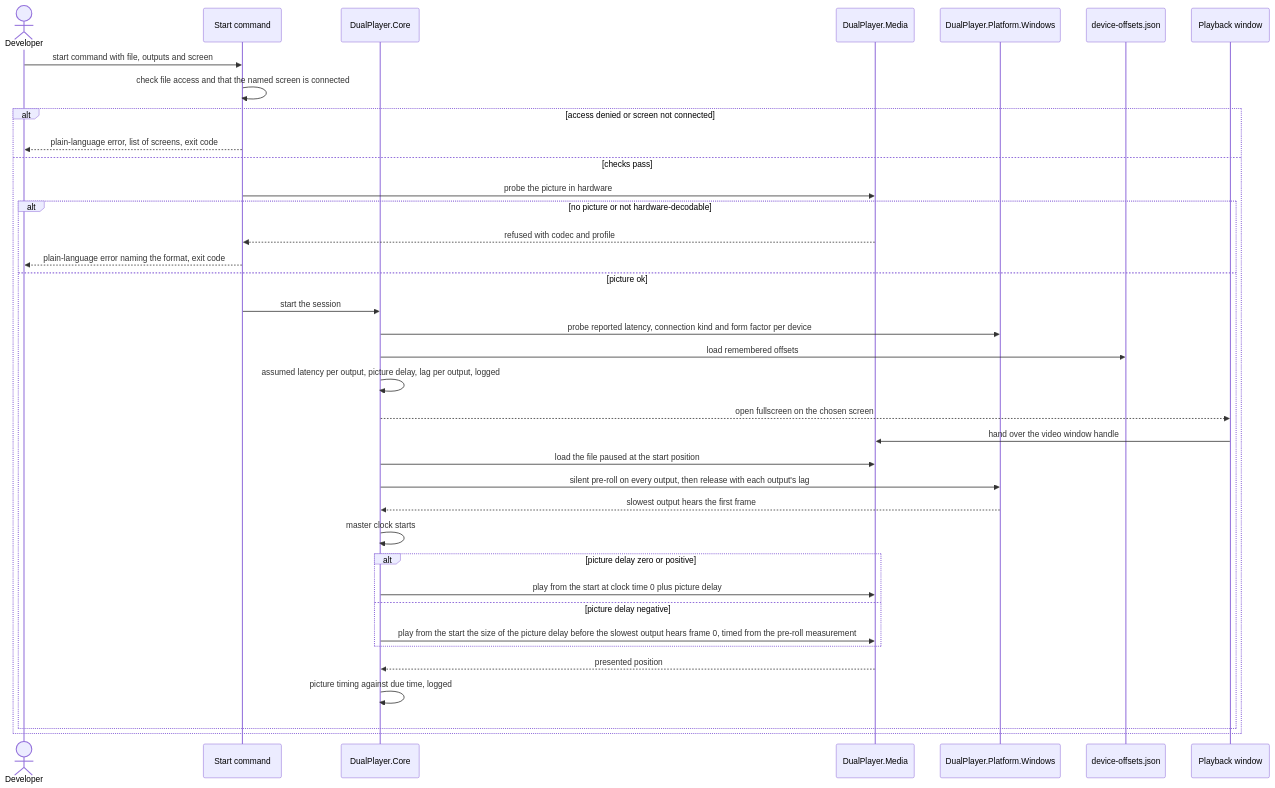
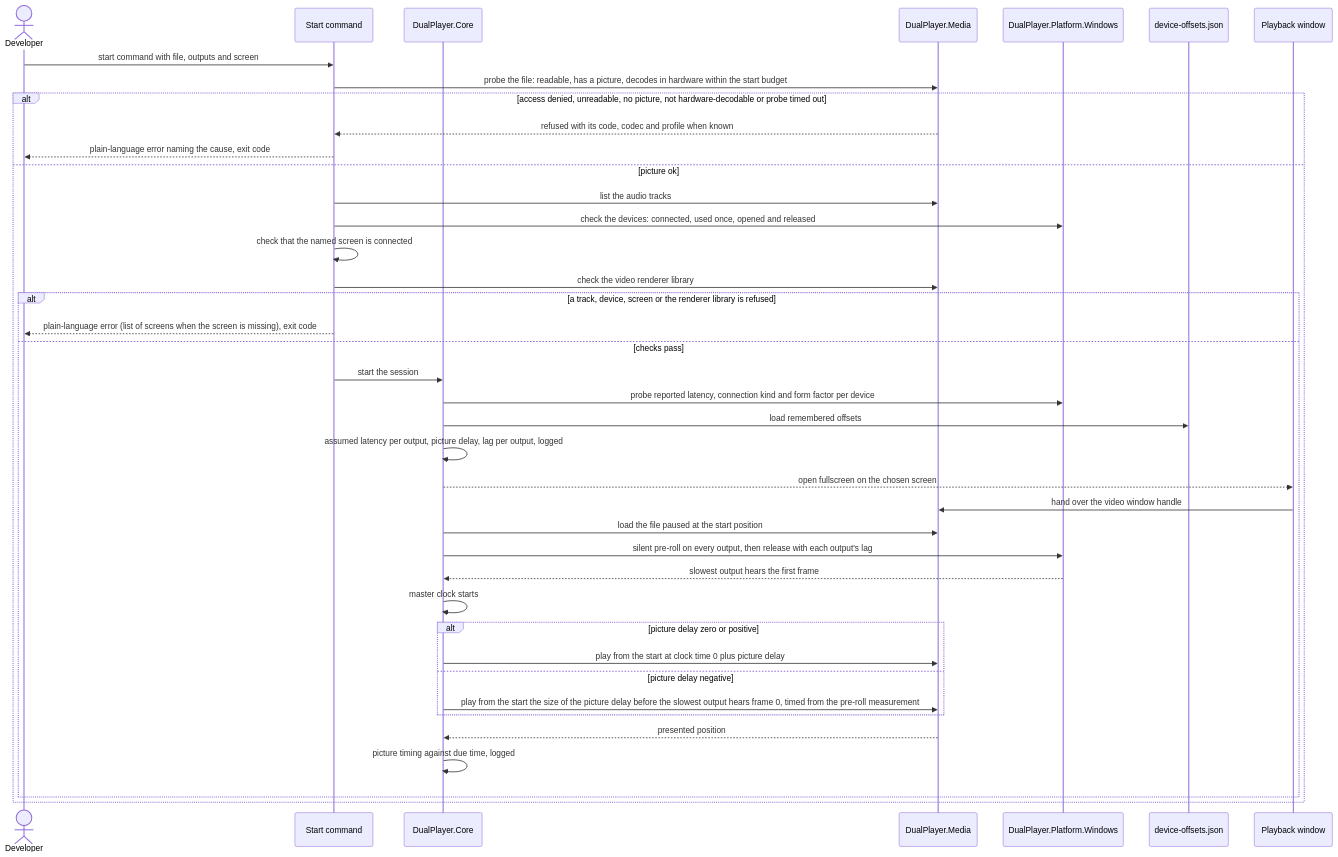
One commit to PulsarV/DualPlayer changed the third of 11 diagrams in docs/features/lip-synced-video/sad.md. Above: the diagram before and after it, drawn with Mermaid. The commit also changed other lines of this file and 5 other files, not shown here.

First line of the commit message:
implement: lip-synced-video T107 List the new start error codes in cli.md, redraw sad flow 1 in the code's check order, and bring test-plan and the tracker in step

````diff
--- a/docs/features/lip-synced-video/sad.md
+++ b/docs/features/lip-synced-video/sad.md
@@ -216,39 +216,42 @@
 ```mermaid
 sequenceDiagram
     actor Developer
     participant Cli as Start command
     participant Core as DualPlayer.Core
     participant Media as DualPlayer.Media
     participant Platform as DualPlayer.Platform.Windows
     participant Offsets as device-offsets.json
     participant Window as Playback window
     Developer->>Cli: start command with file, outputs and screen
-    Cli->>Cli: check file access and that the named screen is connected
-    alt access denied or screen not connected
-        Cli-->>Developer: plain-language error, list of screens, exit code
-    else checks pass
-        Cli->>Media: probe the picture in hardware
-        alt no picture or not hardware-decodable
-            Media-->>Cli: refused with codec and profile
-            Cli-->>Developer: plain-language error naming the format, exit code
-        else picture ok
+    Cli->>Media: probe the file: readable, has a picture, decodes in hardware within the start budget
+    alt access denied, unreadable, no picture, not hardware-decodable or probe timed out
+        Media-->>Cli: refused with its code, codec and profile when known
+        Cli-->>Developer: plain-language error naming the cause, exit code
+    else picture ok
+        Cli->>Media: list the audio tracks
+        Cli->>Platform: check the devices: connected, used once, opened and released
+        Cli->>Cli: check that the named screen is connected
+        Cli->>Media: check the video renderer library
+        alt a track, device, screen or the renderer library is refused
+            Cli-->>Developer: plain-language error (list of screens when the screen is missing), exit code
+        else checks pass
             Cli->>Core: start the session
             Core->>Platform: probe reported latency, connection kind and form factor per device
             Core->>Offsets: load remembered offsets
             Core->>Core: assumed latency per output, picture delay, lag per output, logged
             Core-->>Window: open fullscreen on the chosen screen
             Window->>Media: hand over the video window handle
             Core->>Media: load the file paused at the start position
             Core->>Platform: silent pre-roll on every output, then release with each output's lag
             Platform-->>Core: slowest output hears the first frame
             Core->>Core: master clock starts
             alt picture delay zero or positive
                 Core->>Media: play from the start at clock time 0 plus picture delay
             else picture delay negative
                 Core->>Media: play from the start the size of the picture delay before the slowest output hears frame 0, timed from the pre-roll measurement
             end
             Media-->>Core: presented position
             Core->>Core: picture timing against due time, logged
         end
     end
 ```
````
